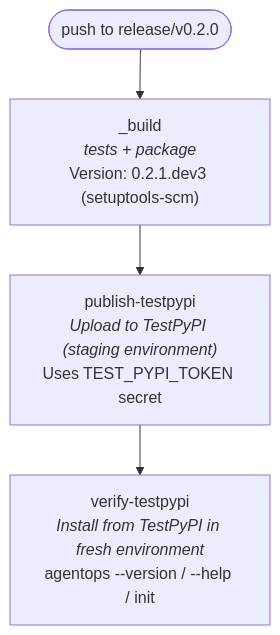
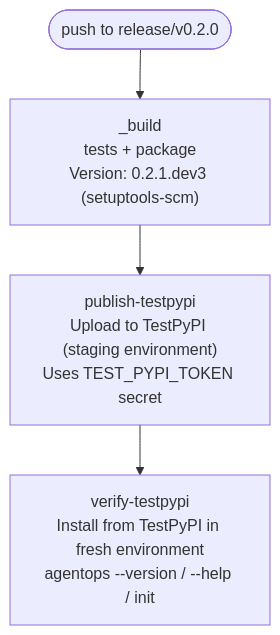
Before and after one commit to Azure/agentops: the first of 3 diagrams in docs/release-process.md, drawn with Mermaid. The commit also changed other lines of this file, not shown here.

Commit message:
Fix mermaid syntax errors by removing unsupported <i> tags in release diagrams

````diff
--- a/docs/release-process.md
+++ b/docs/release-process.md
@@ -277,9 +277,9 @@
 ```mermaid
 flowchart TD
     push(["push to release/v0.2.0"])
-    build["_build<br/><i>tests + package</i><br/>Version: 0.2.1.dev3 (setuptools-scm)"]
-    publish["publish-testpypi<br/><i>Upload to TestPyPI (staging environment)</i><br/>Uses TEST_PYPI_TOKEN secret"]
-    verify["verify-testpypi<br/><i>Install from TestPyPI in fresh environment</i><br/>agentops --version / --help / init"]
+    build["_build<br/>tests + package<br/>Version: 0.2.1.dev3 (setuptools-scm)"]
+    publish["publish-testpypi<br/>Upload to TestPyPI (staging environment)<br/>Uses TEST_PYPI_TOKEN secret"]
+    verify["verify-testpypi<br/>Install from TestPyPI in fresh environment<br/>agentops --version / --help / init"]
 
     push --> build --> publish --> verify
 ```
````
